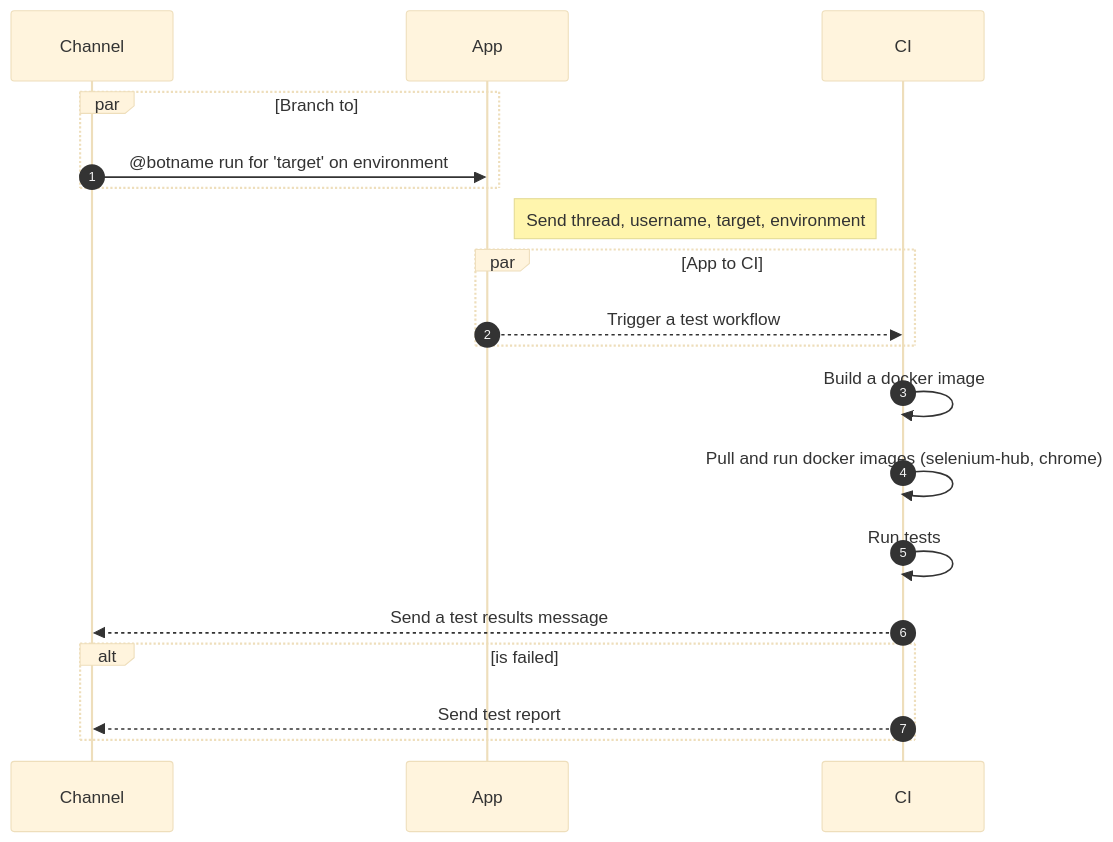
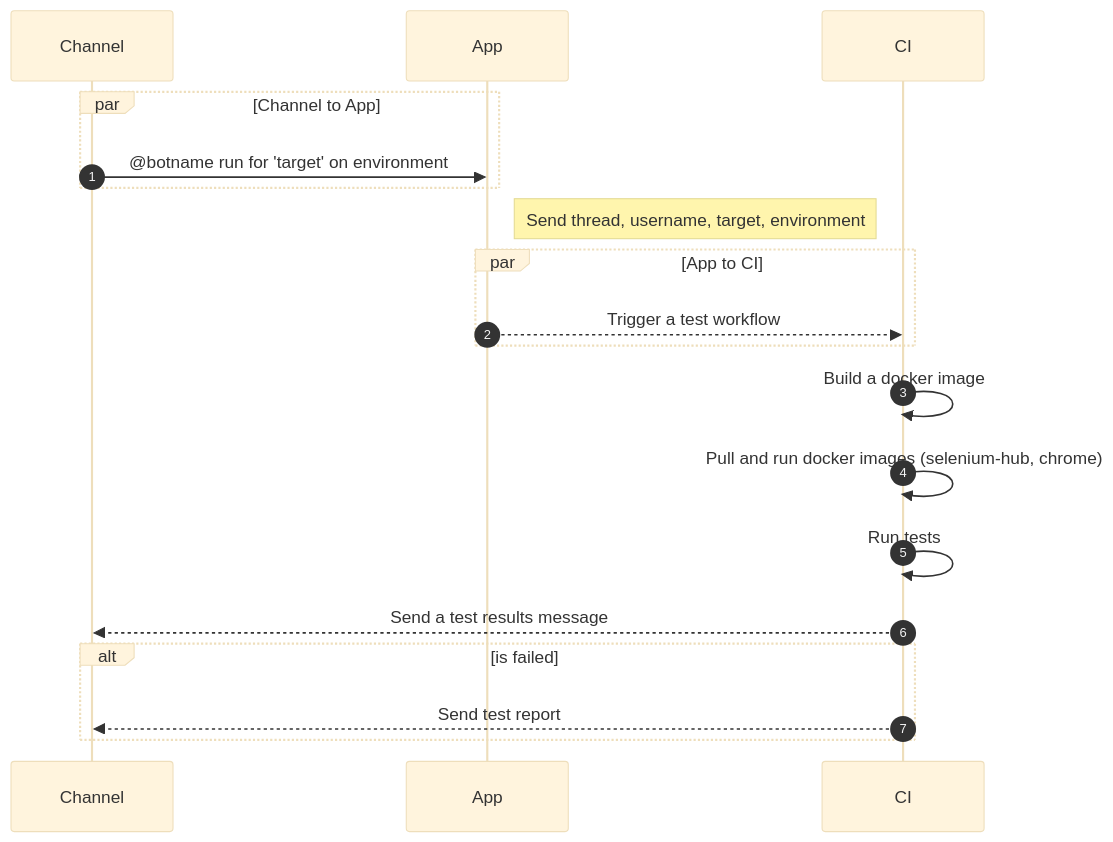
The diagram in README.md (bgtestlab/slack-app-test), drawn with Mermaid (base theme) before and after one commit.

````diff
--- a/README.md
+++ b/README.md
@@ -4,18 +4,18 @@
 ```mermaid
 sequenceDiagram
     autonumber
-    par Branch to 
+    par Channel to App 
         Channel->>App: @botname run for 'target' on environment
     end
     Note right of App: Send thread, username, target, environment
     par App to CI
     App-->>CI: Trigger a test workflow
     end
     CI->>CI: Build a docker image
     CI->>CI: Pull and run docker images (selenium-hub, chrome)
     CI->>CI: Run tests
     CI-->>Channel: Send a test results message
     alt is failed
         CI-->>Channel: Send test report 
     end    
 ```
````
